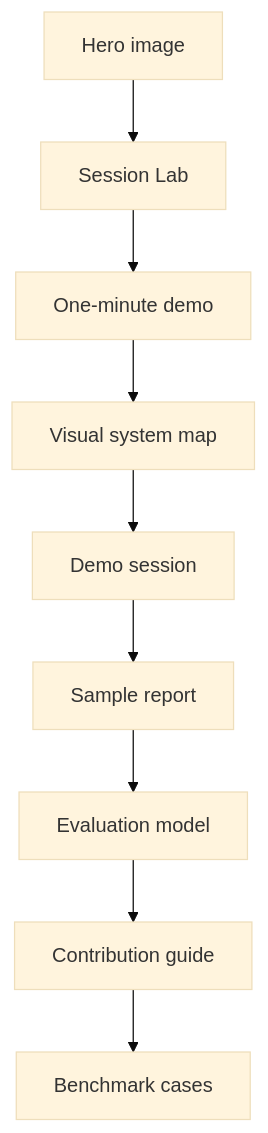
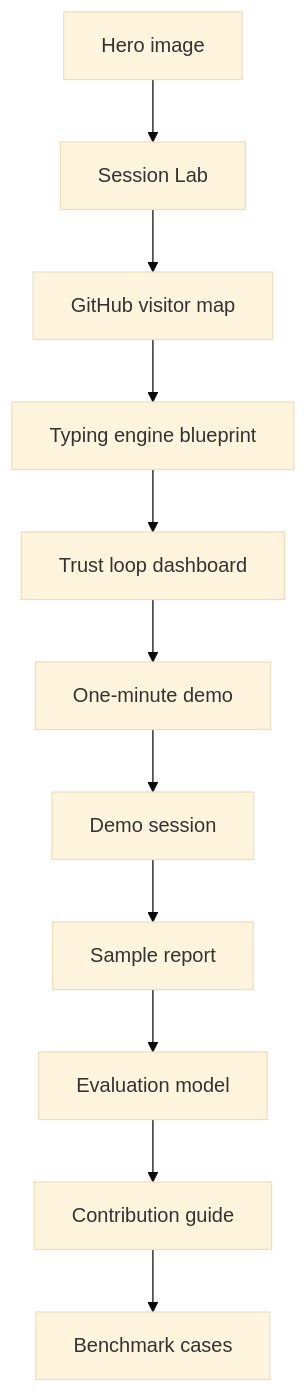
Before and after one commit to Zaoqu-Liu/mbti-typing-skill: the diagram in docs/visual-tour.md, drawn with Mermaid (base theme). The commit also changed other lines of this file and 14 other files, not shown here.

````diff
--- a/docs/visual-tour.md
+++ b/docs/visual-tour.md
@@ -54,11 +90,13 @@
 ```mermaid
 flowchart TD
     A[Hero image] --> B[Session Lab]
-    B --> C[One-minute demo]
-    C --> D[Visual system map]
-    D --> E[Demo session]
-    E --> F[Sample report]
-    F --> G[Evaluation model]
-    G --> H[Contribution guide]
-    H --> I[Benchmark cases]
+    B --> C[GitHub visitor map]
+    C --> D[Typing engine blueprint]
+    D --> E[Trust loop dashboard]
+    E --> F[One-minute demo]
+    F --> G[Demo session]
+    G --> H[Sample report]
+    H --> I[Evaluation model]
+    I --> J[Contribution guide]
+    J --> K[Benchmark cases]
 ```
````
